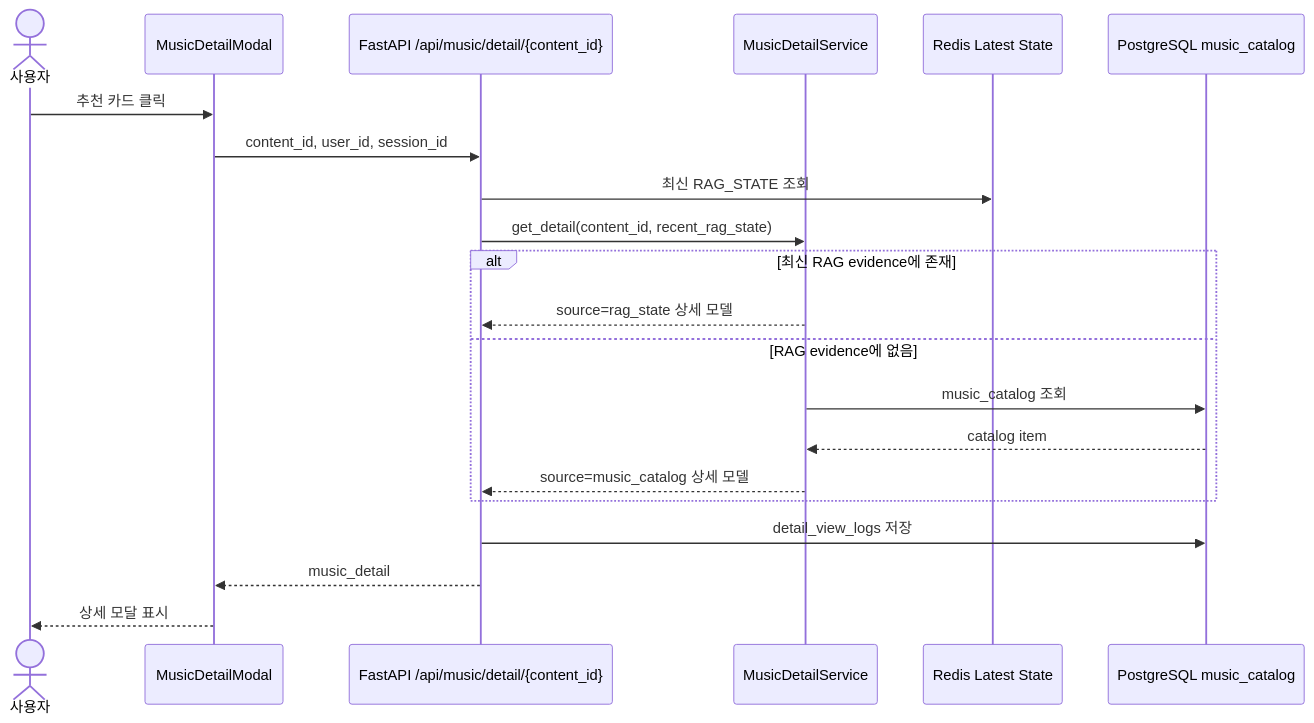
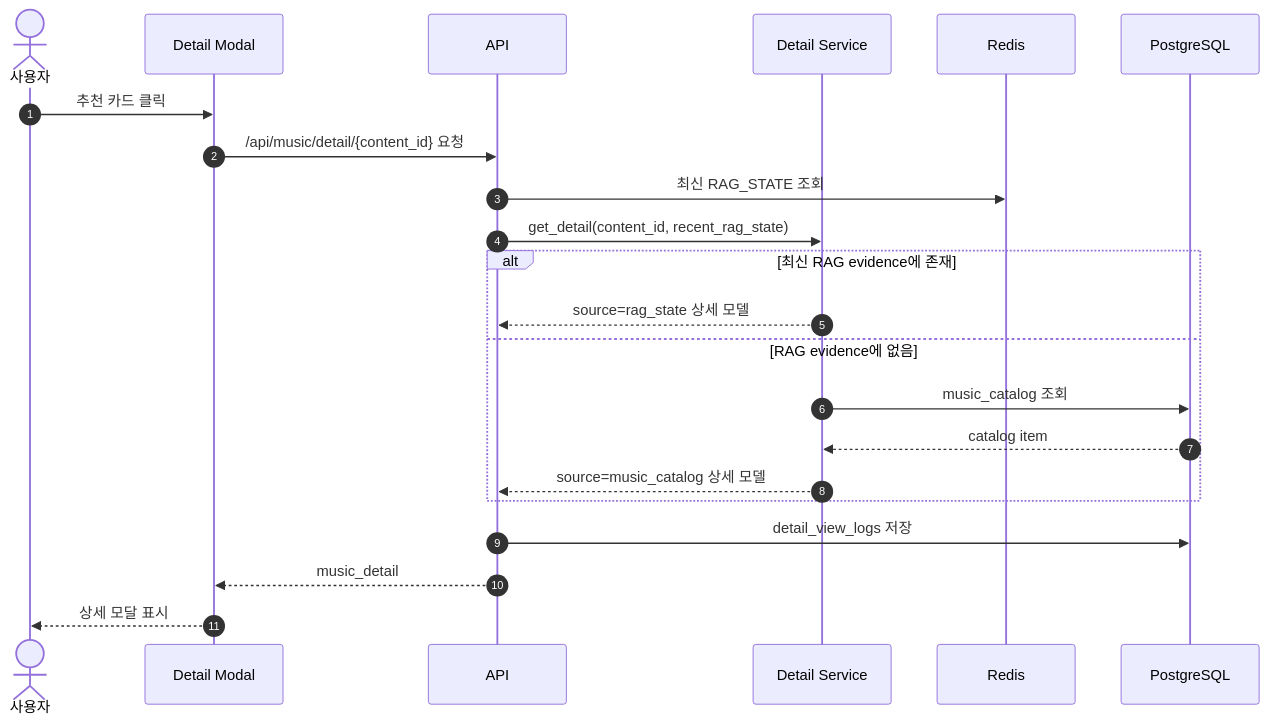
Before and after one commit to SKNETWORKS-FAMILY-AICAMP/SKN27-3rd-2TEAM: the tenth of 12 diagrams in README.md, drawn with Mermaid. The commit also changed other lines of this file, not shown here.

Commit message:
업로드 시퀀스 다이어그램

````diff
--- a/README.md
+++ b/README.md
@@ -474,24 +476,25 @@
 ```mermaid
 sequenceDiagram
+    autonumber
     actor User as 사용자
-    participant FE as MusicDetailModal
-    participant API as FastAPI /api/music/detail/{content_id}
-    participant SVC as MusicDetailService
-    participant Redis as Redis Latest State
-    participant PG as PostgreSQL music_catalog
+    participant FE as Detail Modal
+    participant API as API
+    participant SVC as Detail Service
+    participant Cache as Redis
+    participant DB as PostgreSQL
 
     User->>FE: 추천 카드 클릭
-    FE->>API: content_id, user_id, session_id
-    API->>Redis: 최신 RAG_STATE 조회
+    FE->>API: /api/music/detail/{content_id} 요청
+    API->>Cache: 최신 RAG_STATE 조회
     API->>SVC: get_detail(content_id, recent_rag_state)
     alt 최신 RAG evidence에 존재
         SVC-->>API: source=rag_state 상세 모델
     else RAG evidence에 없음
-        SVC->>PG: music_catalog 조회
-        PG-->>SVC: catalog item
+        SVC->>DB: music_catalog 조회
+        DB-->>SVC: catalog item
         SVC-->>API: source=music_catalog 상세 모델
     end
-    API->>PG: detail_view_logs 저장
+    API->>DB: detail_view_logs 저장
     API-->>FE: music_detail
     FE-->>User: 상세 모달 표시
 ```
````
